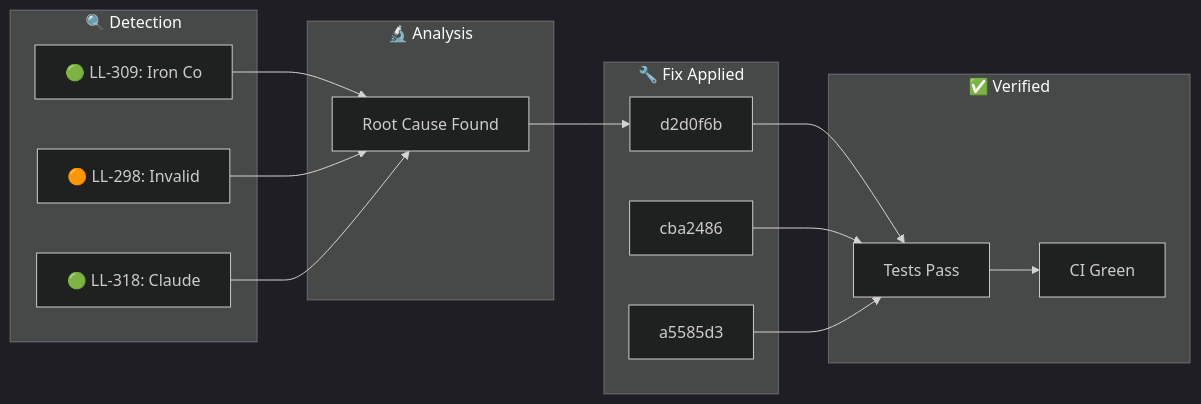
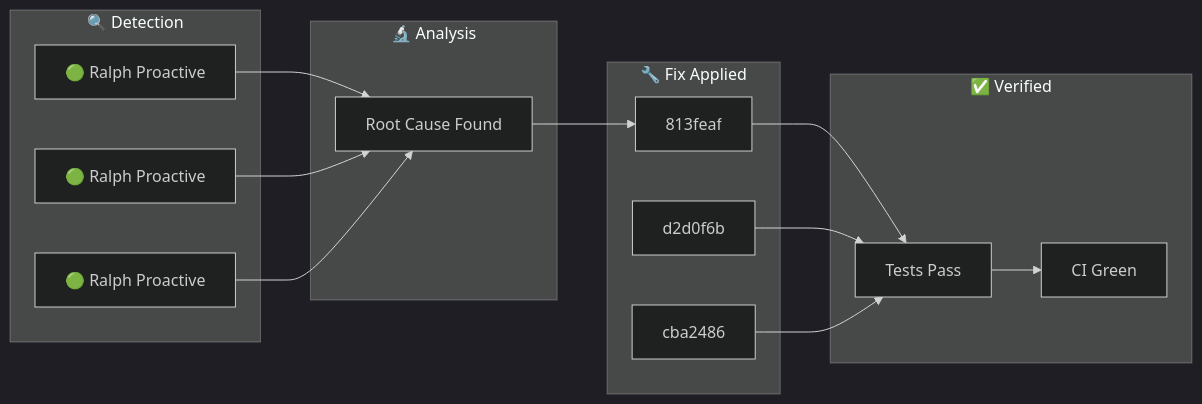
Before and after one commit to YoByron/trading: the diagram in docs/_posts/2026-01-31-ralph-discovery.md, drawn with Mermaid (dark theme). The commit also changed other lines of this file, not shown here.

Commit message:
docs(ralph): Auto-publish discovery blog post

````diff
--- a/docs/_posts/2026-01-31-ralph-discovery.md
+++ b/docs/_posts/2026-01-31-ralph-discovery.md
@@ -17,28 +17,28 @@
 ```mermaid
 flowchart LR
     subgraph Detection["🔍 Detection"]
-        D1["🟢 LL-309: Iron Co"]
-        D2["🟠 LL-298: Invalid"]
-        D3["🟢 LL-318: Claude "]
+        D1["🟢 Ralph Proactive"]
+        D2["🟢 Ralph Proactive"]
+        D3["🟢 Ralph Proactive"]
     end
     subgraph Analysis["🔬 Analysis"]
         A1["Root Cause Found"]
     end
     subgraph Fix["🔧 Fix Applied"]
-        F1["d2d0f6b"]
-        F2["cba2486"]
-        F3["a5585d3"]
+        F1["813feaf"]
+        F2["d2d0f6b"]
+        F3["cba2486"]
     end
     subgraph Verify["✅ Verified"]
         V1["Tests Pass"]
         V2["CI Green"]
     end
     D1 --> A1
     D2 --> A1
     D3 --> A1
     A1 --> F1
     F1 --> V1
     F2 --> V1
     F3 --> V1
     V1 --> V2
 ```
````
